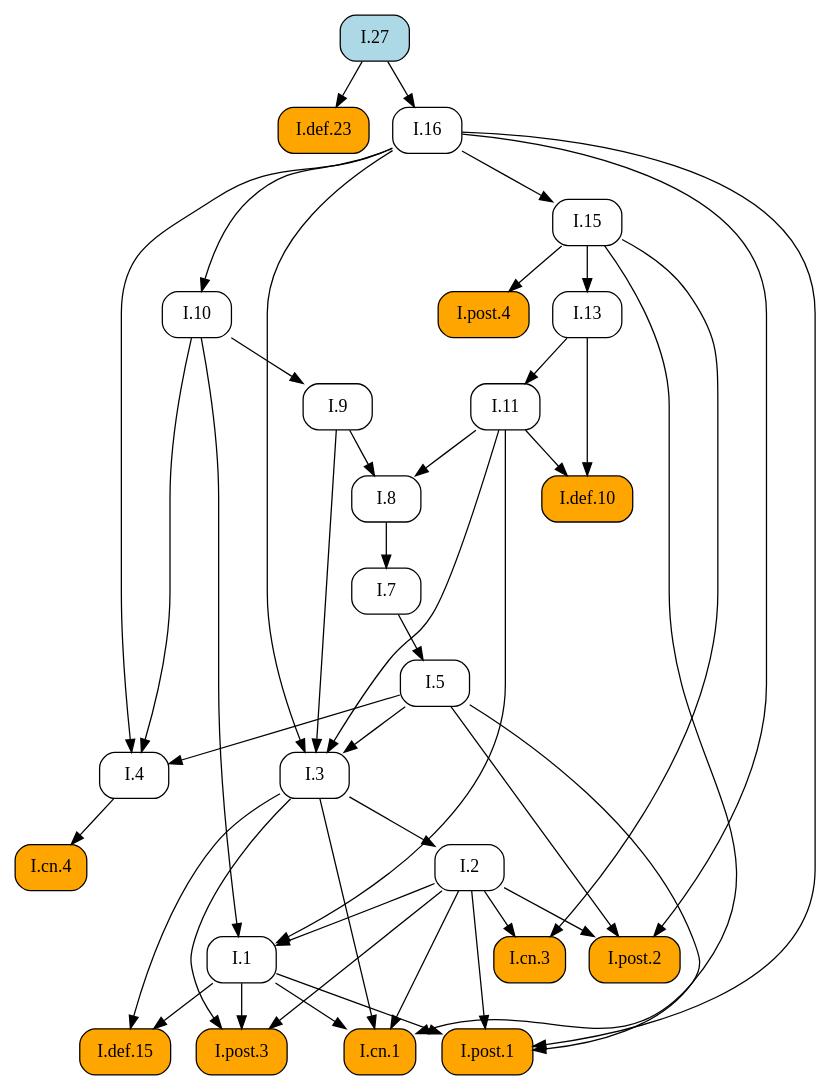
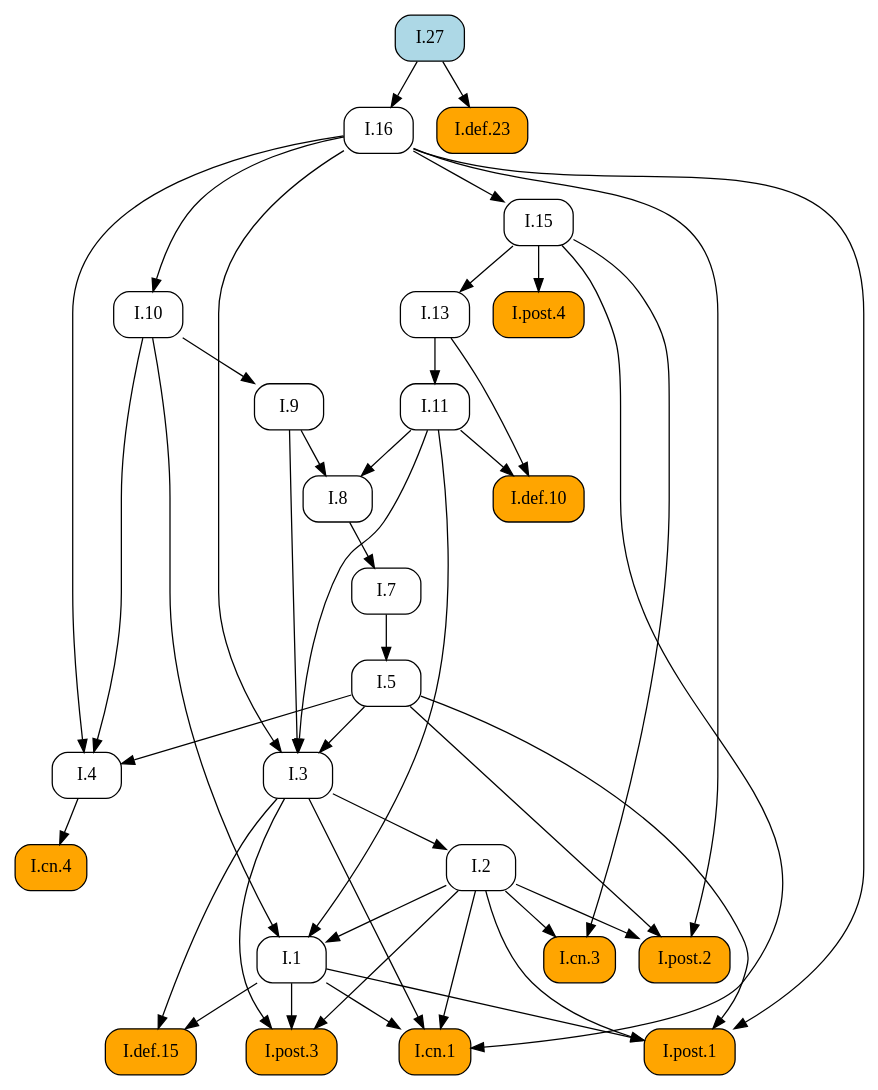
Before and after one commit to geometor/elements: the diagram in docsrc/heath/I/27/index.rst, drawn with Graphviz. The commit also changed other lines of this file and 1029 other files, not shown here.

```diff
--- a/docsrc/heath/I/27/index.rst
+++ b/docsrc/heath/I/27/index.rst
@@ -83,74 +83,74 @@
 .. graphviz::
 
    digraph {
      rankdir="TB";
      node [shape=box, style=rounded];
+     "I.def.10" [style="rounded,filled", fillcolor=orange, URL="/heath/I/def.10/", target="_top"];
+     "I.11" [URL="/heath/I/11/", target="_top"];
+     "I.post.4" [style="rounded,filled", fillcolor=orange, URL="/heath/I/post.4/", target="_top"];
+     "I.1" [URL="/heath/I/1/", target="_top"];
+     "I.27" [style="rounded,filled", fillcolor=lightblue, URL="/heath/I/27/", target="_top"];
+     "I.7" [URL="/heath/I/7/", target="_top"];
+     "I.3" [URL="/heath/I/3/", target="_top"];
+     "I.2" [URL="/heath/I/2/", target="_top"];
+     "I.def.23" [style="rounded,filled", fillcolor=orange, URL="/heath/I/def.23/", target="_top"];
+     "I.4" [URL="/heath/I/4/", target="_top"];
      "I.13" [URL="/heath/I/13/", target="_top"];
+     "I.post.2" [style="rounded,filled", fillcolor=orange, URL="/heath/I/post.2/", target="_top"];
+     "I.16" [URL="/heath/I/16/", target="_top"];
+     "I.def.15" [style="rounded,filled", fillcolor=orange, URL="/heath/I/def.15/", target="_top"];
+     "I.9" [URL="/heath/I/9/", target="_top"];
+     "I.post.3" [style="rounded,filled", fillcolor=orange, URL="/heath/I/post.3/", target="_top"];
+     "I.cn.1" [style="rounded,filled", fillcolor=orange, URL="/heath/I/cn.1/", target="_top"];
      "I.cn.3" [style="rounded,filled", fillcolor=orange, URL="/heath/I/cn.3/", target="_top"];
-     "I.5" [URL="/heath/I/5/", target="_top"];
-     "I.11" [URL="/heath/I/11/", target="_top"];
-     "I.7" [URL="/heath/I/7/", target="_top"];
-     "I.10" [URL="/heath/I/10/", target="_top"];
-     "I.4" [URL="/heath/I/4/", target="_top"];
-     "I.3" [URL="/heath/I/3/", target="_top"];
-     "I.def.23" [style="rounded,filled", fillcolor=orange, URL="/heath/I/def.23/", target="_top"];
-     "I.16" [URL="/heath/I/16/", target="_top"];
-     "I.27" [style="rounded,filled", fillcolor=lightblue, URL="/heath/I/27/", target="_top"];
      "I.8" [URL="/heath/I/8/", target="_top"];
-     "I.9" [URL="/heath/I/9/", target="_top"];
-     "I.def.10" [style="rounded,filled", fillcolor=orange, URL="/heath/I/def.10/", target="_top"];
-     "I.post.4" [style="rounded,filled", fillcolor=orange, URL="/heath/I/post.4/", target="_top"];
-     "I.post.2" [style="rounded,filled", fillcolor=orange, URL="/heath/I/post.2/", target="_top"];
-     "I.2" [URL="/heath/I/2/", target="_top"];
-     "I.def.15" [style="rounded,filled", fillcolor=orange, URL="/heath/I/def.15/", target="_top"];
-     "I.1" [URL="/heath/I/1/", target="_top"];
-     "I.post.3" [style="rounded,filled", fillcolor=orange, URL="/heath/I/post.3/", target="_top"];
-     "I.post.1" [style="rounded,filled", fillcolor=orange, URL="/heath/I/post.1/", target="_top"];
      "I.cn.4" [style="rounded,filled", fillcolor=orange, URL="/heath/I/cn.4/", target="_top"];
      "I.15" [URL="/heath/I/15/", target="_top"];
-     "I.cn.1" [style="rounded,filled", fillcolor=orange, URL="/heath/I/cn.1/", target="_top"];
-     "I.15" -> "I.13";
-     "I.2" -> "I.cn.3";
-     "I.15" -> "I.cn.3";
-     "I.7" -> "I.5";
+     "I.post.1" [style="rounded,filled", fillcolor=orange, URL="/heath/I/post.1/", target="_top"];
+     "I.10" [URL="/heath/I/10/", target="_top"];
+     "I.5" [URL="/heath/I/5/", target="_top"];
+     "I.11" -> "I.def.10";
+     "I.13" -> "I.def.10";
      "I.13" -> "I.11";
+     "I.15" -> "I.post.4";
+     "I.2" -> "I.1";
+     "I.10" -> "I.1";
+     "I.11" -> "I.1";
      "I.8" -> "I.7";
-     "I.16" -> "I.10";
-     "I.5" -> "I.4";
-     "I.10" -> "I.4";
-     "I.16" -> "I.4";
      "I.5" -> "I.3";
      "I.9" -> "I.3";
      "I.11" -> "I.3";
      "I.16" -> "I.3";
+     "I.3" -> "I.2";
      "I.27" -> "I.def.23";
-     "I.27" -> "I.16";
-     "I.9" -> "I.8";
-     "I.11" -> "I.8";
-     "I.10" -> "I.9";
-     "I.11" -> "I.def.10";
-     "I.13" -> "I.def.10";
-     "I.15" -> "I.post.4";
+     "I.5" -> "I.4";
+     "I.10" -> "I.4";
+     "I.16" -> "I.4";
+     "I.15" -> "I.13";
      "I.2" -> "I.post.2";
      "I.5" -> "I.post.2";
      "I.16" -> "I.post.2";
-     "I.3" -> "I.2";
+     "I.27" -> "I.16";
      "I.1" -> "I.def.15";
      "I.3" -> "I.def.15";
-     "I.2" -> "I.1";
-     "I.10" -> "I.1";
-     "I.11" -> "I.1";
+     "I.10" -> "I.9";
      "I.1" -> "I.post.3";
      "I.2" -> "I.post.3";
      "I.3" -> "I.post.3";
+     "I.1" -> "I.cn.1";
+     "I.2" -> "I.cn.1";
+     "I.3" -> "I.cn.1";
+     "I.15" -> "I.cn.1";
+     "I.2" -> "I.cn.3";
+     "I.15" -> "I.cn.3";
+     "I.9" -> "I.8";
+     "I.11" -> "I.8";
+     "I.4" -> "I.cn.4";
+     "I.16" -> "I.15";
      "I.1" -> "I.post.1";
      "I.2" -> "I.post.1";
      "I.5" -> "I.post.1";
      "I.16" -> "I.post.1";
-     "I.4" -> "I.cn.4";
-     "I.16" -> "I.15";
-     "I.1" -> "I.cn.1";
-     "I.2" -> "I.cn.1";
-     "I.3" -> "I.cn.1";
-     "I.15" -> "I.cn.1";
+     "I.16" -> "I.10";
+     "I.7" -> "I.5";
    }
```
